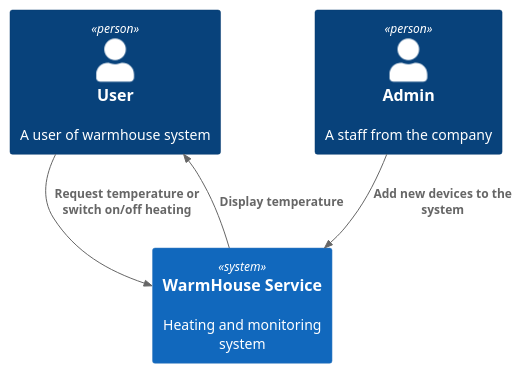
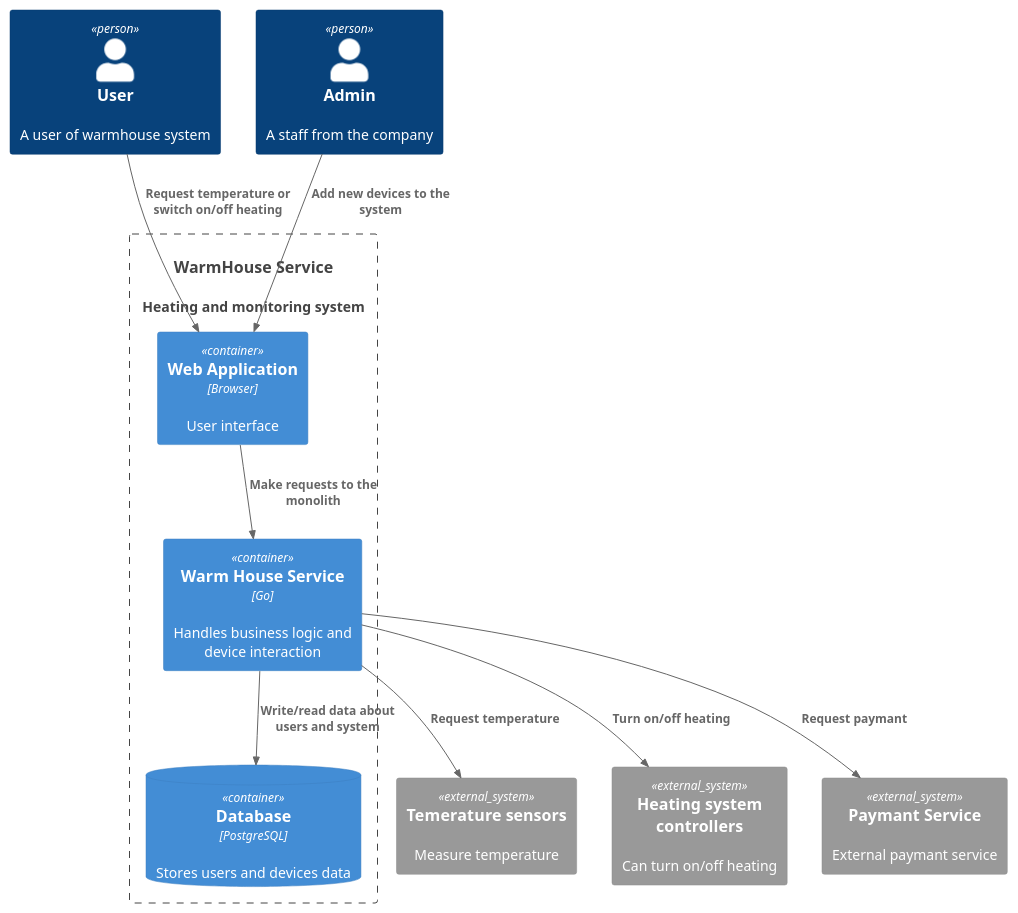
The diagram in apps/smart_home/diagrams/Container_C4.puml (Moulten/architecture-warmhouse), drawn with PlantUML before and after one commit. The commit also changed 7 other files, not shown here.

Commit message:
Add C4 schema and er diagram

```diff
--- a/apps/smart_home/diagrams/Container_C4.puml
+++ b/apps/smart_home/diagrams/Container_C4.puml
@@ -1,15 +1,28 @@
 @startuml
 top to bottom direction
 
 !include https://raw.githubusercontent.com/plantuml-stdlib/C4-PlantUML/master/C4_Container.puml
 
 Person(user, "User", "A user of warmhouse system")
 Person(admin, "Admin", "A staff from the company")
-
 System(service, "WarmHouse Service", "Heating and monitoring system")
 
-Rel(admin, service, "Add new devices to the system")
-Rel(user, service, "Request temperature or switch on/off heating")
-Rel(service, user, "Display temperature")
+System_Ext(Sensors, "Temerature sensors", "Measure temperature")
+System_Ext(Heating, "Heating system controllers", "Can turn on/off heating")
+System_Ext(PaymantService, "Paymant Service", "External paymant service")
+
+Container_Boundary(service, "WarmHouse Service") {
+  Container(WebApp, "Web Application", "Browser", "User interface")
+  Container(Monolith, "Warm House Service", "Go", "Handles business logic and device interaction")
+  ContainerDb(Database, "Database", "PostgreSQL", "Stores users and devices data")
+}
+
+Rel(admin, WebApp, "Add new devices to the system")
+Rel(user, WebApp, "Request temperature or switch on/off heating")
+Rel(WebApp, Monolith, "Make requests to the monolith")
+Rel(Monolith, Database, "Write/read data about users and system")
+Rel(Monolith, Sensors, "Request temperature")
+Rel(Monolith, Heating, "Turn on/off heating")
+Rel(Monolith, PaymantService, "Request paymant")
 
 @enduml 
```
